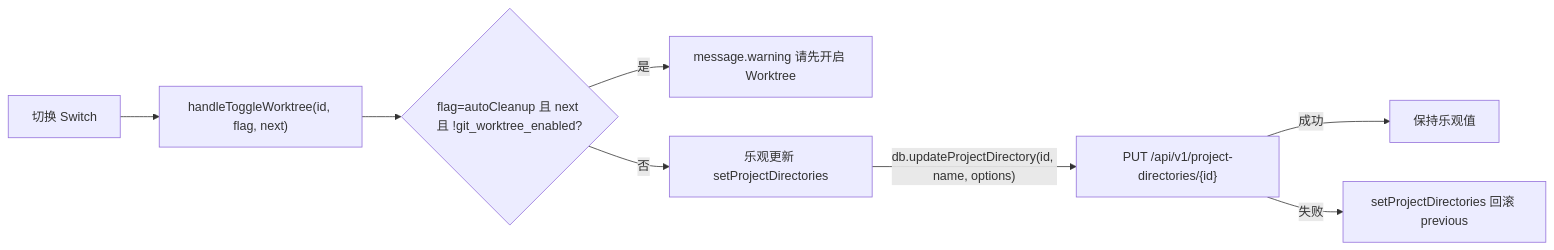
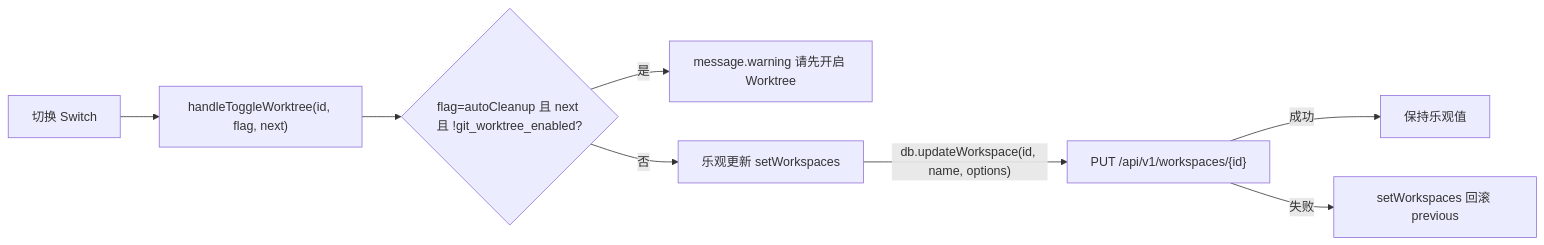
One commit to weibaohui/ntd changed the first of 4 diagrams in frontend/src/help/pages/ws-toggle-worktree.md. Above: the diagram before and after it, drawn with Mermaid. The commit also changed other lines of this file and 122 other files, not shown here.

First line of the commit message:
refactor(104): 工作空间命名统一——project_directory 全套改为 workspace (#1054)

````diff
--- a/frontend/src/help/pages/ws-toggle-worktree.md
+++ b/frontend/src/help/pages/ws-toggle-worktree.md
@@ -8,10 +8,10 @@
 ```mermaid
 flowchart LR
   User["切换 Switch"] --> handleToggleWorktree["handleToggleWorktree(id, flag, next)"]
   handleToggleWorktree --> guardCheck{flag=autoCleanup 且 next 且 !git_worktree_enabled?}
   guardCheck -->|"是"| warn["message.warning 请先开启 Worktree"]
-  guardCheck -->|"否"| optimistic["乐观更新 setProjectDirectories"]
-  optimistic -->|"db.updateProjectDirectory(id, name, options)"| API["PUT /api/v1/project-directories/{id}"]
+  guardCheck -->|"否"| optimistic["乐观更新 setWorkspaces"]
+  optimistic -->|"db.updateWorkspace(id, name, options)"| API["PUT /api/v1/workspaces/{id}"]
   API -->|"成功"| Done["保持乐观值"]
-  API -->|"失败"| rollback["setProjectDirectories 回滚 previous"]
+  API -->|"失败"| rollback["setWorkspaces 回滚 previous"]
 ```
````
